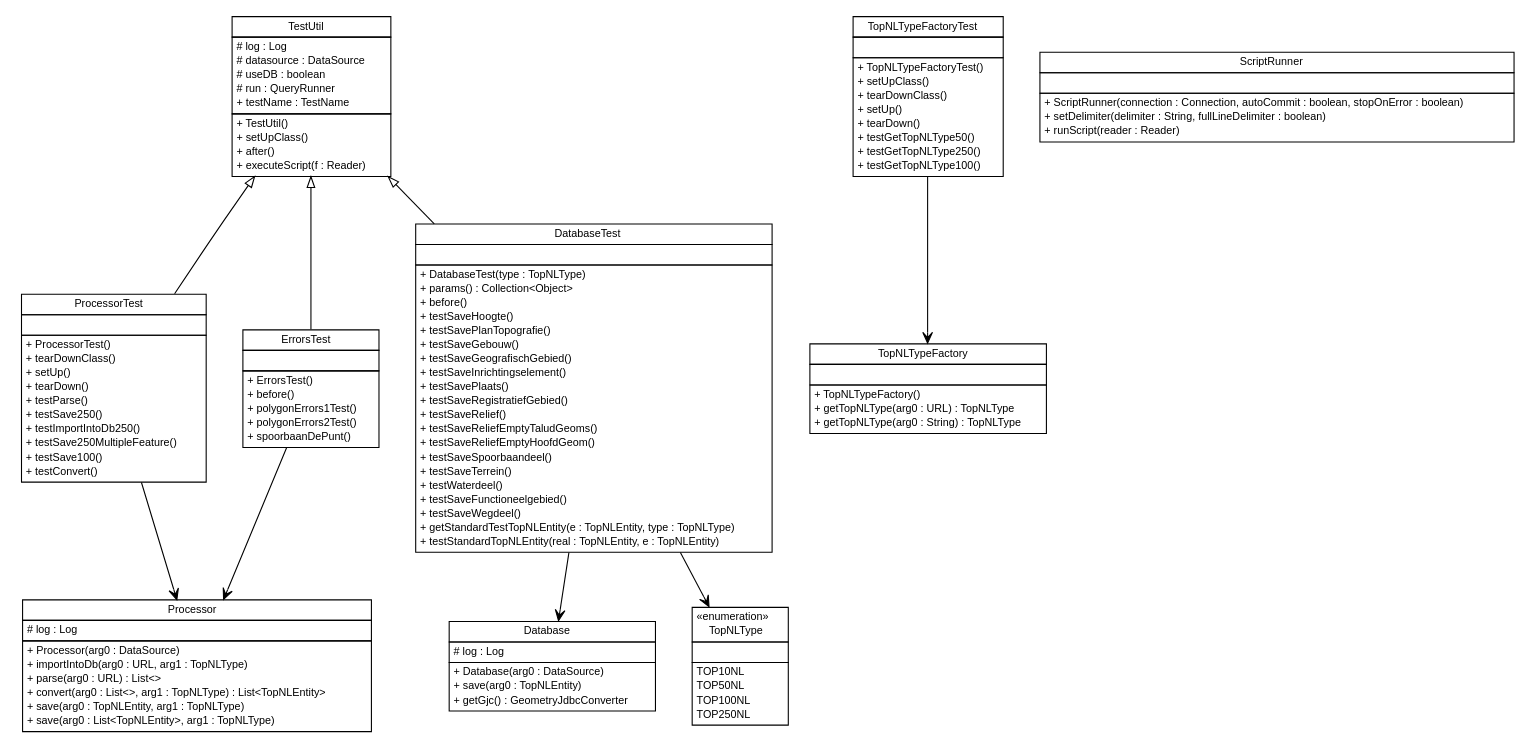
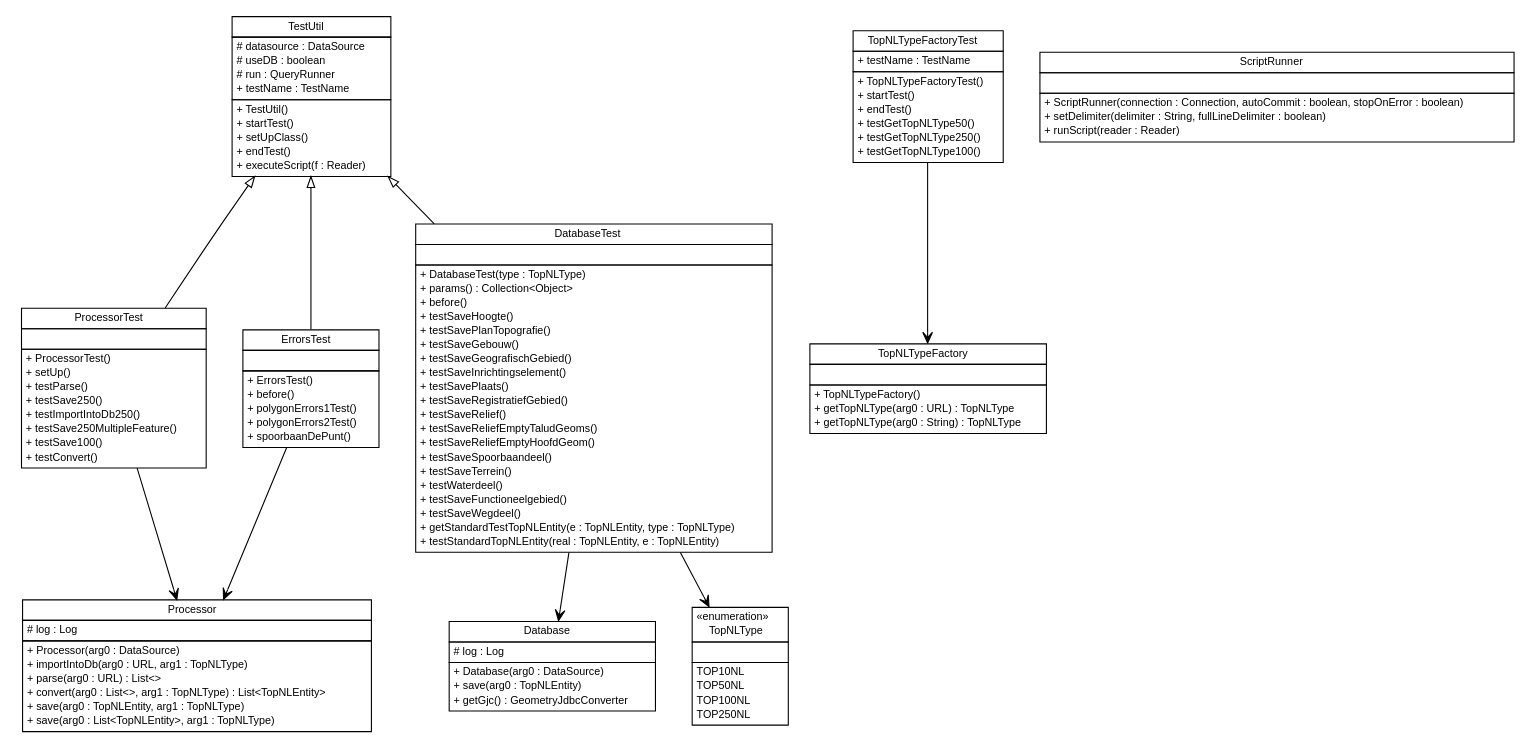
The diagram in topnlparser/testapidocs/nl/b3p/topnl/nl.b3p.topnl.dot (B3Partners/brmo), drawn with Graphviz before and after one commit. The commit also changed 751 other files, not shown here.

```diff
--- a/topnlparser/testapidocs/nl/b3p/topnl/nl.b3p.topnl.dot
+++ b/topnlparser/testapidocs/nl/b3p/topnl/nl.b3p.topnl.dot
@@ -19,9 +19,7 @@
 		</table></td></tr>
 		<tr><td><table border="0" cellspacing="0" cellpadding="1">
 <tr><td align="left" balign="left"> + ProcessorTest() </td></tr>
-<tr><td align="left" balign="left"> + tearDownClass() </td></tr>
 <tr><td align="left" balign="left"> + setUp() </td></tr>
-<tr><td align="left" balign="left"> + tearDown() </td></tr>
 <tr><td align="left" balign="left"> + testParse() </td></tr>
 <tr><td align="left" balign="left"> + testSave250() </td></tr>
 <tr><td align="left" balign="left"> + testImportIntoDb250() </td></tr>
@@ -36,7 +34,6 @@
 <tr><td align="center" balign="center"> TestUtil </td></tr>
 		</table></td></tr>
 		<tr><td><table border="0" cellspacing="0" cellpadding="1">
-<tr><td align="left" balign="left"> # log : Log </td></tr>
 <tr><td align="left" balign="left"> # datasource : DataSource </td></tr>
 <tr><td align="left" balign="left"> # useDB : boolean </td></tr>
 <tr><td align="left" balign="left"> # run : QueryRunner </td></tr>
@@ -44,8 +41,9 @@
 		</table></td></tr>
 		<tr><td><table border="0" cellspacing="0" cellpadding="1">
 <tr><td align="left" balign="left"> + TestUtil() </td></tr>
+<tr><td align="left" balign="left"> + startTest() </td></tr>
 <tr><td align="left" balign="left"> + setUpClass() </td></tr>
-<tr><td align="left" balign="left"> + after() </td></tr>
+<tr><td align="left" balign="left"> + endTest() </td></tr>
 <tr><td align="left" balign="left"> + executeScript(f : Reader) </td></tr>
 		</table></td></tr>
 		</table>>, URL="./TestUtil.html", fontname="Helvetica", fontcolor="black", fontsize=10.0];
@@ -55,14 +53,12 @@
 <tr><td align="center" balign="center"> TopNLTypeFactoryTest </td></tr>
 		</table></td></tr>
 		<tr><td><table border="0" cellspacing="0" cellpadding="1">
-<tr><td align="left" balign="left">  </td></tr>
+<tr><td align="left" balign="left"> + testName : TestName </td></tr>
 		</table></td></tr>
 		<tr><td><table border="0" cellspacing="0" cellpadding="1">
 <tr><td align="left" balign="left"> + TopNLTypeFactoryTest() </td></tr>
-<tr><td align="left" balign="left"> + setUpClass() </td></tr>
-<tr><td align="left" balign="left"> + tearDownClass() </td></tr>
-<tr><td align="left" balign="left"> + setUp() </td></tr>
-<tr><td align="left" balign="left"> + tearDown() </td></tr>
+<tr><td align="left" balign="left"> + startTest() </td></tr>
+<tr><td align="left" balign="left"> + endTest() </td></tr>
 <tr><td align="left" balign="left"> + testGetTopNLType50() </td></tr>
 <tr><td align="left" balign="left"> + testGetTopNLType250() </td></tr>
 <tr><td align="left" balign="left"> + testGetTopNLType100() </td></tr>
```
